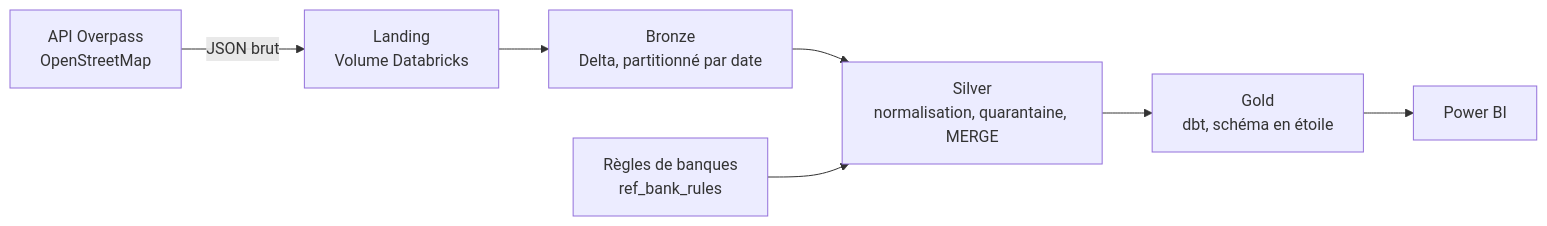
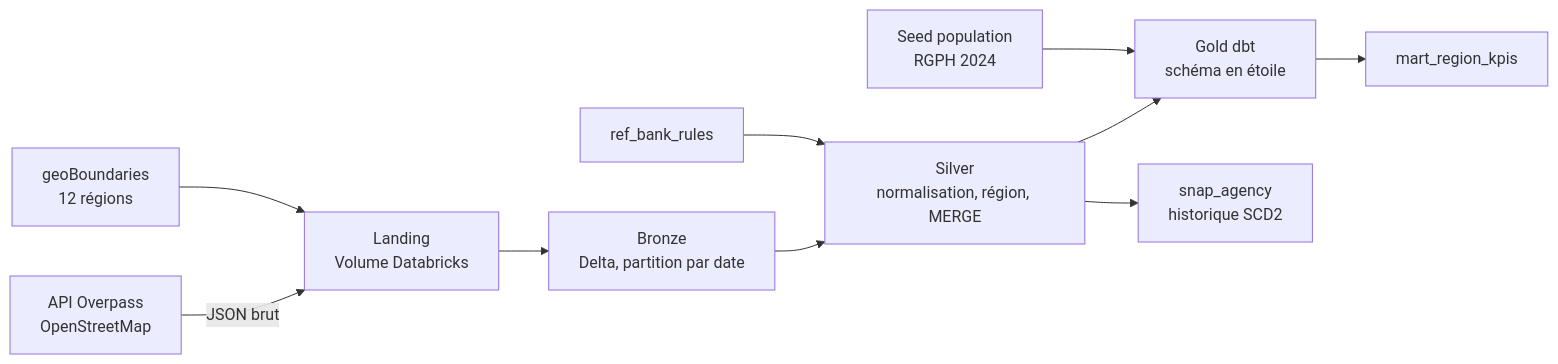
Before and after one commit to riyad-77/morocco-bank-network-lakehouse: the diagram in README.md, drawn with Mermaid. The commit also changed other lines of this file, not shown here.

````diff
--- a/README.md
+++ b/README.md
@@ -13,9 +13,12 @@
 ```mermaid
 flowchart LR
-    A[API Overpass<br>OpenStreetMap] -->|JSON brut| B[Landing<br>Volume Databricks]
-    B --> C[Bronze<br>Delta, partitionné par date]
-    C --> D[Silver<br>normalisation, quarantaine, MERGE]
-    R[Règles de banques<br>ref_bank_rules] --> D
-    D --> E[Gold<br>dbt, schéma en étoile]
-    E --> F[Power BI]
+    A[API Overpass<br>OpenStreetMap] -->|JSON brut| L[Landing<br>Volume Databricks]
+    G[geoBoundaries<br>12 régions] --> L
+    L --> B[Bronze<br>Delta, partition par date]
+    B --> S[Silver<br>normalisation, région, MERGE]
+    R[ref_bank_rules] --> S
+    S --> D[Gold dbt<br>schéma en étoile]
+    P[Seed population<br>RGPH 2024] --> D
+    D --> K[mart_region_kpis]
+    S --> H[snap_agency<br>historique SCD2]
 ```
````
